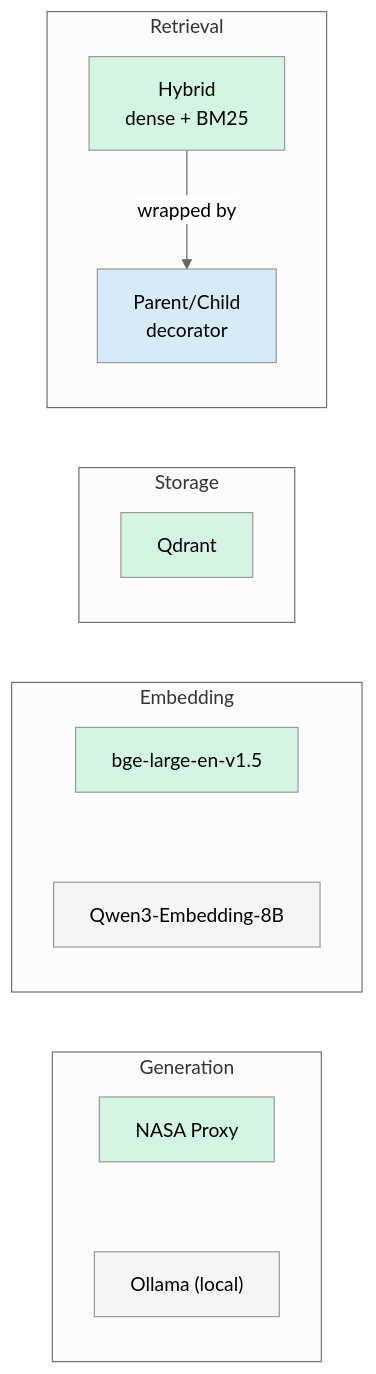
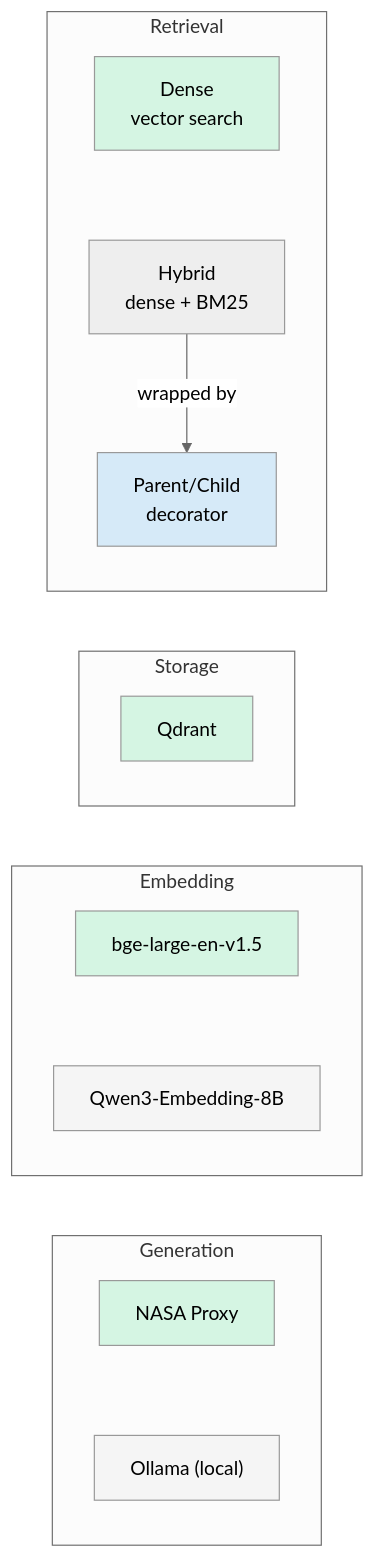
The fifth of 6 diagrams in system-design/architecture_overview.md (biplovbhandari/earthrise-book-assistant), drawn with Mermaid (neutral theme) before and after one commit. The commit also changed other lines of this file and 1 other file, not shown here.

Commit message:
Docs: sync architecture docs with dense retrieval implementation

````diff
--- a/system-design/architecture_overview.md
+++ b/system-design/architecture_overview.md
@@ -135,23 +135,24 @@
 ```mermaid
 graph LR
   subgraph Generation
     A1["NASA Proxy"] ~~~ A2["Ollama (local)"]
   end
   subgraph Embedding
     B1["bge-large-en-v1.5"] ~~~ B2["Qwen3-Embedding-8B"]
   end
   subgraph Storage
     C1[Qdrant]
   end
   subgraph Retrieval
-    D1[Hybrid<br>dense + BM25] -->|"wrapped by"| D2[Parent/Child<br>decorator]
+    D0[Dense<br>vector search] ~~~ D1[Hybrid<br>dense + BM25]
+    D1 -->|"wrapped by"| D2[Parent/Child<br>decorator]
   end
 
   style A1 fill:#d5f5e3
   style B1 fill:#d5f5e3
   style C1 fill:#d5f5e3
-  style D1 fill:#d5f5e3
+  style D0 fill:#d5f5e3
   style A2 fill:#f5f5f5
   style B2 fill:#f5f5f5
   style D2 fill:#d6eaf8
 ```
````
